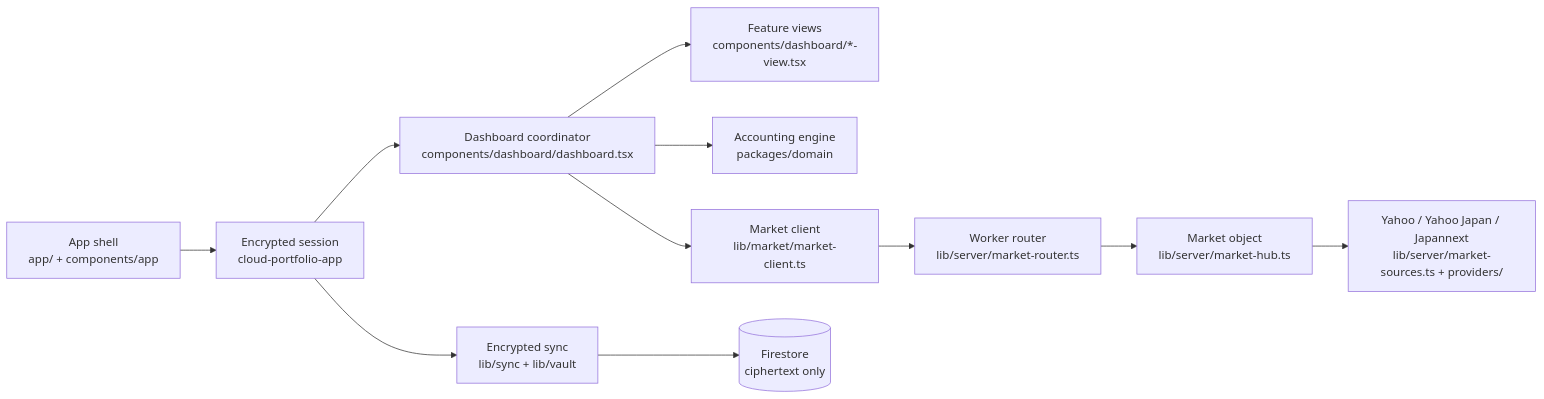
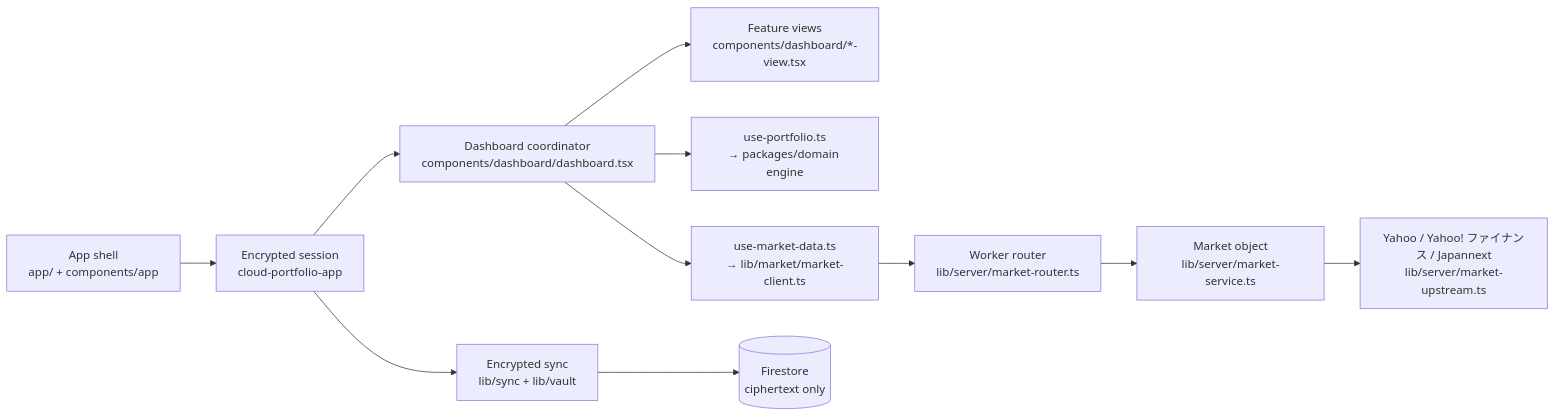
The diagram in docs/path-and-nodes.md (SotaYanagisawa/kabutora), drawn with Mermaid before and after one commit. The commit also changed other lines of this file and 143 other files, not shown here.

````diff
--- a/docs/path-and-nodes.md
+++ b/docs/path-and-nodes.md
@@ -8,13 +8,13 @@
 ```mermaid
 flowchart LR
     Shell["App shell\napp/ + components/app"] --> Session["Encrypted session\ncloud-portfolio-app"]
     Session --> Dashboard["Dashboard coordinator\ncomponents/dashboard/dashboard.tsx"]
     Dashboard --> Views["Feature views\ncomponents/dashboard/*-view.tsx"]
-    Dashboard --> Domain["Accounting engine\npackages/domain"]
+    Dashboard --> Portfolio["use-portfolio.ts\n→ packages/domain engine"]
     Session --> Sync["Encrypted sync\nlib/sync + lib/vault"]
     Sync --> Firestore[("Firestore\nciphertext only")]
-    Dashboard --> MarketClient["Market client\nlib/market/market-client.ts"]
-    MarketClient --> Router["Worker router\nlib/server/market-router.ts"]
-    Router --> Hub["Market object\nlib/server/market-hub.ts"]
-    Hub --> Providers["Yahoo / Yahoo Japan / Japannext\nlib/server/market-sources.ts + providers/"]
+    Dashboard --> MarketData["use-market-data.ts\n→ lib/market/market-client.ts"]
+    MarketData --> Router["Worker router\nlib/server/market-router.ts"]
+    Router --> Service["Market object\nlib/server/market-service.ts"]
+    Service --> Providers["Yahoo / Yahoo! ファイナンス / Japannext\nlib/server/market-upstream.ts"]
 ```
````
